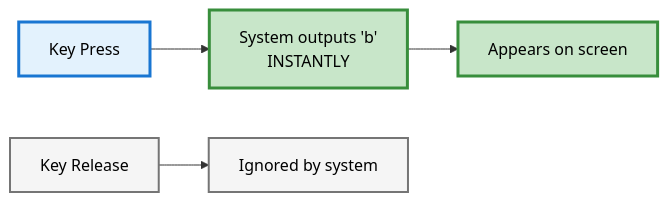
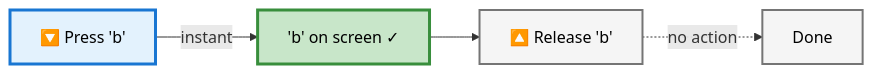
The second of 5 diagrams in README.md (Maik-0000FF/schnelle-umlaute), drawn with Mermaid before and after one commit. The commit also changed other lines of this file, not shown here.

First line of the commit message:
docs: Fix slot count, reduce redundancy, improve diagrams, add preedit tip

````diff
--- a/README.md
+++ b/README.md
@@ -51,12 +51,11 @@
 ```mermaid
 graph LR
-    N1[Key Press] --> N2[System outputs 'b'<br/>INSTANTLY]
-    N2 --> N3[Appears on screen]
-    N4[Key Release] --> N5[Ignored by system]
+    N1["🔽 Press 'b'"] -->|instant| N2["'b' on screen ✓"]
+    N2 --> N3["🔼 Release 'b'"]
+    N3 -.->|no action| N4["Done"]
 
     style N1 fill:#e3f2fd,stroke:#1976d2,stroke-width:3px,color:#000
     style N2 fill:#c8e6c9,stroke:#388e3c,stroke-width:3px,color:#000
-    style N3 fill:#c8e6c9,stroke:#388e3c,stroke-width:3px,color:#000
+    style N3 fill:#f5f5f5,stroke:#757575,stroke-width:2px,color:#000
     style N4 fill:#f5f5f5,stroke:#757575,stroke-width:2px,color:#000
-    style N5 fill:#f5f5f5,stroke:#757575,stroke-width:2px,color:#000
 ```
````
